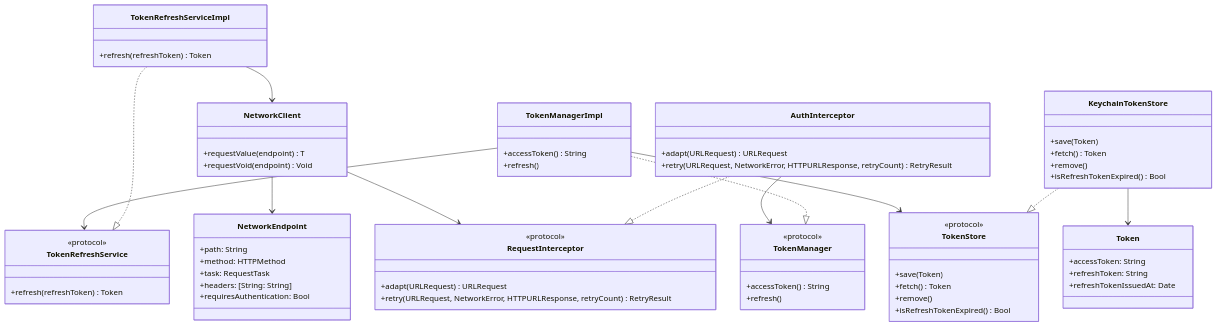
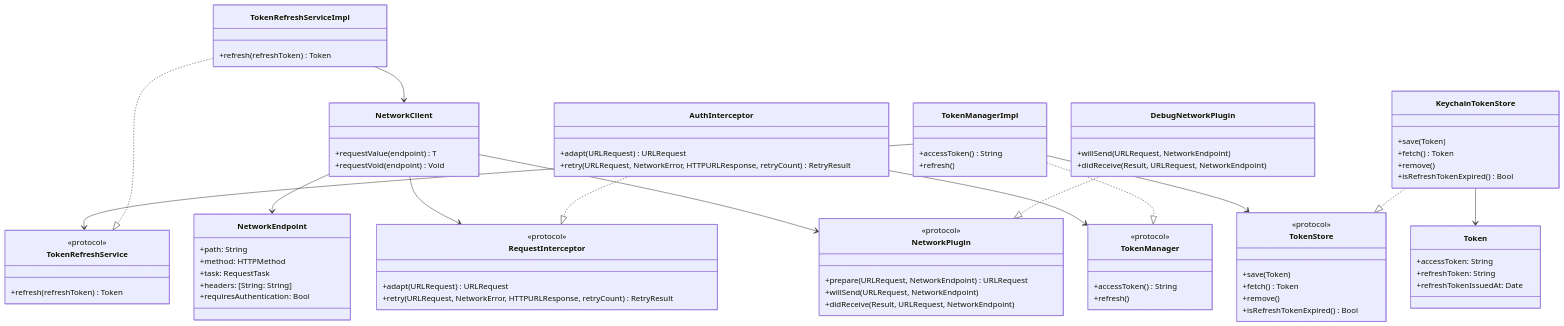
Before and after one commit to mediunn/Livith-iOS: the third of 8 diagrams in Projects/LivithNetworking/README.md, drawn with Mermaid. The commit also changed other lines of this file and 7 other files, not shown here.

```diff
--- a/Projects/LivithNetworking/README.md
+++ b/Projects/LivithNetworking/README.md
@@ -73,6 +73,18 @@
         <<protocol>>
         +adapt(URLRequest) URLRequest
         +retry(URLRequest, NetworkError, HTTPURLResponse, retryCount) RetryResult
+    }
+
+    class NetworkPlugin {
+        <<protocol>>
+        +prepare(URLRequest, NetworkEndpoint) URLRequest
+        +willSend(URLRequest, NetworkEndpoint)
+        +didReceive(Result, URLRequest, NetworkEndpoint)
+    }
+
+    class DebugNetworkPlugin {
+        +willSend(URLRequest, NetworkEndpoint)
+        +didReceive(Result, URLRequest, NetworkEndpoint)
     }
 
     class AuthInterceptor {
@@ -123,7 +135,9 @@
 
     NetworkClient --> NetworkEndpoint
     NetworkClient --> RequestInterceptor
+    NetworkClient --> NetworkPlugin
     AuthInterceptor ..|> RequestInterceptor
+    DebugNetworkPlugin ..|> NetworkPlugin
     AuthInterceptor --> TokenManager
     TokenManagerImpl ..|> TokenManager
     TokenManagerImpl --> TokenStore
```
